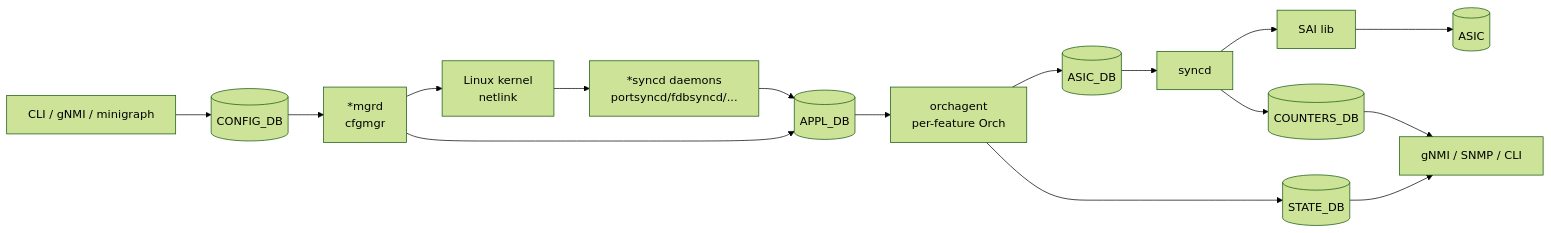
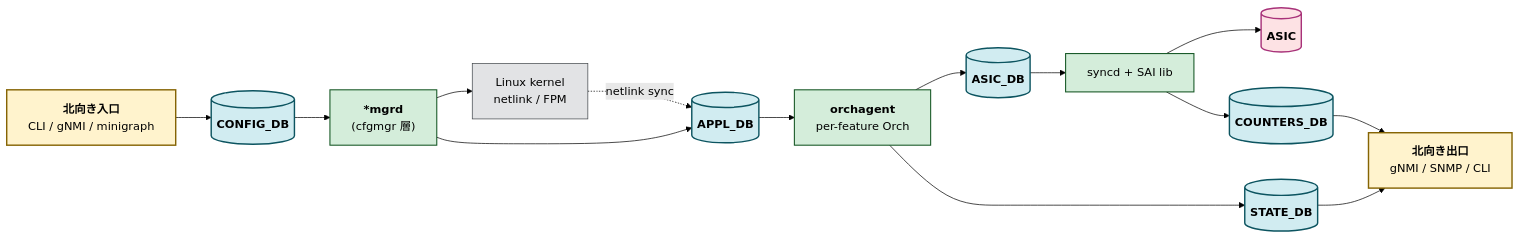
Before and after one commit to aoki-taquan/sonic-unofficial-docs: the second of 2 diagrams in docs/topics/01-overview/internals.md, drawn with Mermaid (forest theme). The commit also changed 5 other files, not shown here.

First line of the commit message:
[quality] Topics 章間 + 個別 mermaid 品質向上

````diff
--- a/docs/topics/01-overview/internals.md
+++ b/docs/topics/01-overview/internals.md
@@ -77,16 +77,34 @@
 ```mermaid
 flowchart LR
-  CLI[CLI / gNMI / minigraph] --> CFG[(CONFIG_DB)]
-  CFG --> MGR[*mgrd<br/>cfgmgr]
-  MGR --> KERNEL[Linux kernel<br/>netlink]
-  MGR --> APPL[(APPL_DB)]
-  KERNEL --> SYNCD_NL[*syncd daemons<br/>portsyncd/fdbsyncd/...]
-  SYNCD_NL --> APPL
-  APPL --> ORCH[orchagent<br/>per-feature Orch]
-  ORCH --> ASIC[(ASIC_DB)]
-  ASIC --> SYNCD[syncd] --> SAI[SAI lib] --> CHIP[(ASIC)]
-  ORCH --> STATE[(STATE_DB)]
-  SYNCD --> COUNT[(COUNTERS_DB)]
-  STATE --> GNMI[gNMI / SNMP / CLI]
+  CLI["<b>北向き入口</b><br/>CLI / gNMI / minigraph"]:::north
+  CFG[("<b>CONFIG_DB</b>")]:::db
+  MGR["<b>*mgrd</b><br/>(cfgmgr 層)"]:::proc
+  KERNEL["Linux kernel<br/>netlink / FPM"]:::kernel
+  APPL[("<b>APPL_DB</b>")]:::db
+  ORCH["<b>orchagent</b><br/>per-feature Orch"]:::proc
+  ASIC[("<b>ASIC_DB</b>")]:::db
+  SYNCD["syncd + SAI lib"]:::proc
+  CHIP[("<b>ASIC</b>")]:::hw
+  STATE[("<b>STATE_DB</b>")]:::db
+  COUNT[("<b>COUNTERS_DB</b>")]:::db
+  GNMI["<b>北向き出口</b><br/>gNMI / SNMP / CLI"]:::north
+
+  CLI --> CFG
+  CFG --> MGR
+  MGR --> KERNEL
+  MGR --> APPL
+  KERNEL -. netlink sync .-> APPL
+  APPL --> ORCH
+  ORCH --> ASIC
+  ASIC --> SYNCD --> CHIP
+  ORCH --> STATE
+  SYNCD --> COUNT
+  STATE --> GNMI
   COUNT --> GNMI
+
+  classDef north fill:#fff3cd,stroke:#856404,stroke-width:2px,color:#000;
+  classDef db fill:#d1ecf1,stroke:#0c5460,stroke-width:2px,color:#000;
+  classDef proc fill:#d4edda,stroke:#155724,stroke-width:1.5px,color:#000;
+  classDef kernel fill:#e2e3e5,stroke:#41464b,stroke-width:1px,color:#000;
+  classDef hw fill:#fde2e4,stroke:#a83279,stroke-width:2px,color:#000;
 ```
````
